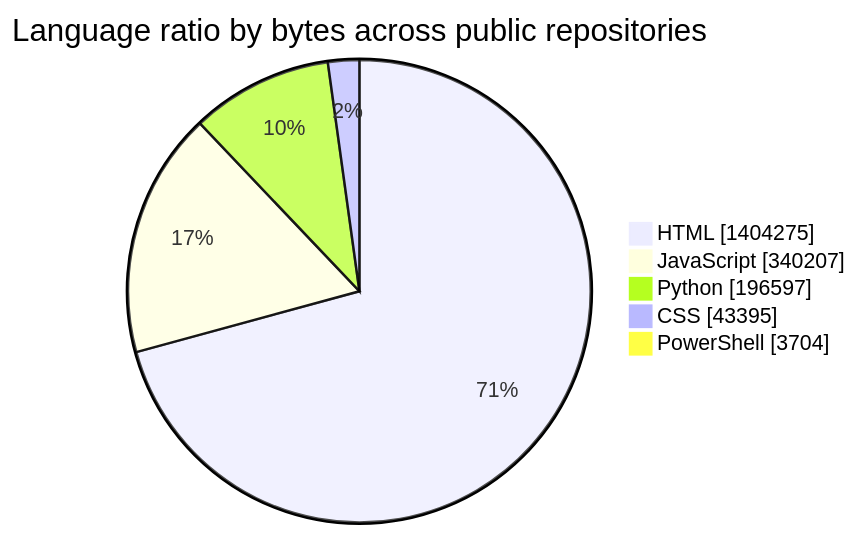
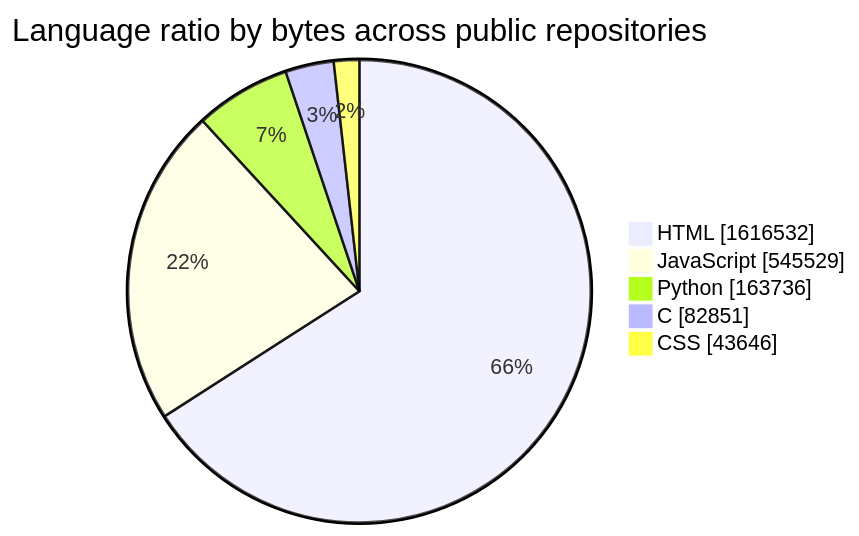
One commit to tchinso/tchinso changed the first of 2 diagrams in README.md. Above: the diagram before and after it, drawn with Mermaid. The commit also changed other lines of this file, not shown here.

````diff
--- a/README.md
+++ b/README.md
@@ -21,9 +21,9 @@
 ```mermaid
 pie showData
     title Language ratio by bytes across public repositories
-    "HTML" : 1404275
-    "JavaScript" : 340207
-    "Python" : 196597
-    "CSS" : 43395
-    "PowerShell" : 3704
+    "HTML" : 1616532
+    "JavaScript" : 545529
+    "Python" : 163736
+    "C" : 82851
+    "CSS" : 43646
 ```
````
